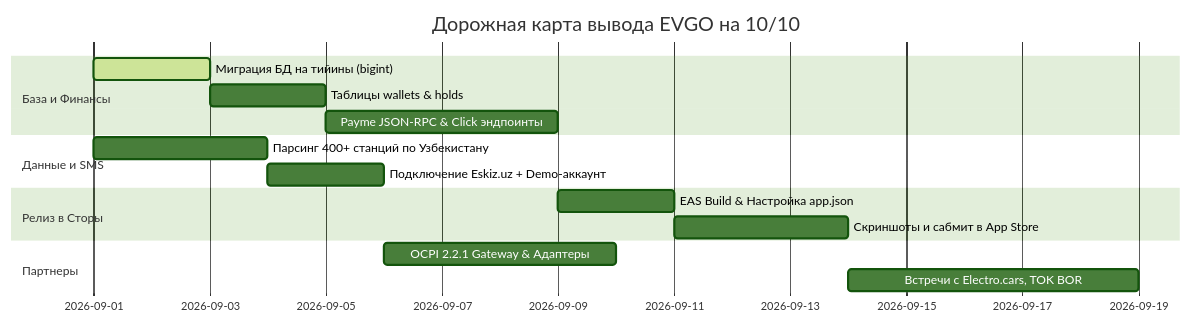
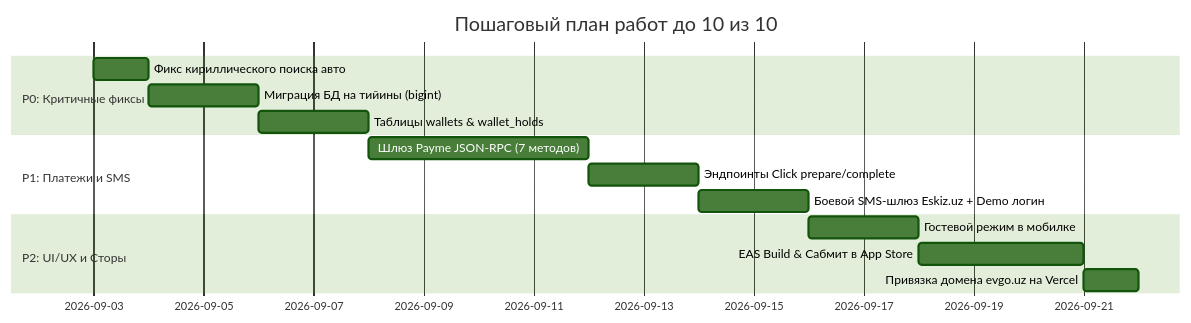
Before and after one commit to Raazzyy/EVGO: the third of 3 diagrams in docs/master-roadmap-10-out-of-10.md, drawn with Mermaid (forest theme). The commit also changed other lines of this file and 22 other files, not shown here.

````diff
--- a/docs/master-roadmap-10-out-of-10.md
+++ b/docs/master-roadmap-10-out-of-10.md
@@ -272,18 +176,17 @@
 ```mermaid
 gantt
-    title Дорожная карта вывода EVGO на 10/10
+    title Пошаговый план работ до 10 из 10
     dateFormat  YYYY-MM-DD
-    section База и Финансы
-    Миграция БД на тийины (bigint)      :active, f1, 2026-09-01, 2d
-    Таблицы wallets & holds            :f2, after f1, 2d
-    Payme JSON-RPC & Click эндпоинты   :f3, after f2, 4d
-    section Данные и SMS
-    Парсинг 400+ станций по Узбекистану :d1, 2026-09-01, 3d
-    Подключение Eskiz.uz + Demo-аккаунт:d2, after d1, 2d
-    section Релиз в Сторы
-    EAS Build & Настройка app.json      :s1, after f3, 2d
-    Скриншоты и сабмит в App Store      :s2, after s1, 3d
-    section Партнеры
-    OCPI 2.2.1 Gateway & Адаптеры       :p1, after d2, 4d
-    Встречи с Electro.cars, TOK BOR    :p2, after s2, 5d
+    section P0: Критичные фиксы
+    Фикс кириллического поиска авто       :p0_1, 2026-09-03, 1d
+    Миграция БД на тийины (bigint)        :p0_2, after p0_1, 2d
+    Таблицы wallets & wallet_holds        :p0_3, after p0_2, 2d
+    section P1: Платежи и SMS
+    Шлюз Payme JSON-RPC (7 методов)      :p1_1, after p0_3, 4d
+    Эндпоинты Click prepare/complete      :p1_2, after p1_1, 2d
+    Боевой SMS-шлюз Eskiz.uz + Demo логин :p1_3, after p1_2, 2d
+    section P2: UI/UX и Сторы
+    Гостевой режим в мобилке              :p2_1, after p1_3, 2d
+    EAS Build & Сабмит в App Store        :p2_2, after p2_1, 3d
+    Привязка домена evgo.uz на Vercel     :p2_3, after p2_2, 1d
 ```
````
